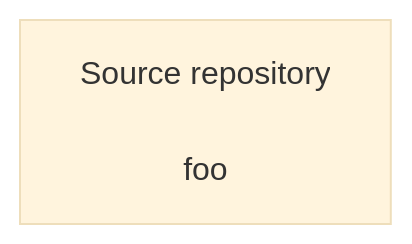
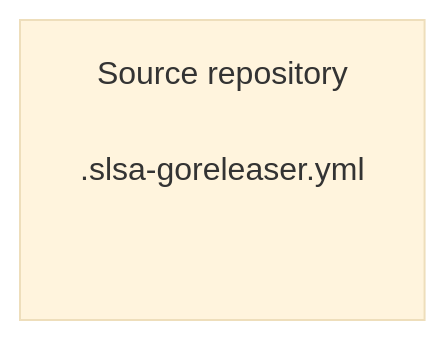
Before and after one commit to slsa-framework/slsa-github-generator: the diagram in SPECIFICATIONS.md, drawn with Mermaid (base theme).

Commit message:
update mermaid chart

````diff
--- a/SPECIFICATIONS.md
+++ b/SPECIFICATIONS.md
@@ -122,4 +122,4 @@
 ```mermaid
 flowchart LR;
-  source[Source repository\n\nfoo];
+  source[Source repository<br/><br/>.slsa-goreleaser.yml<br/><br/><br/>];
 ```
````
